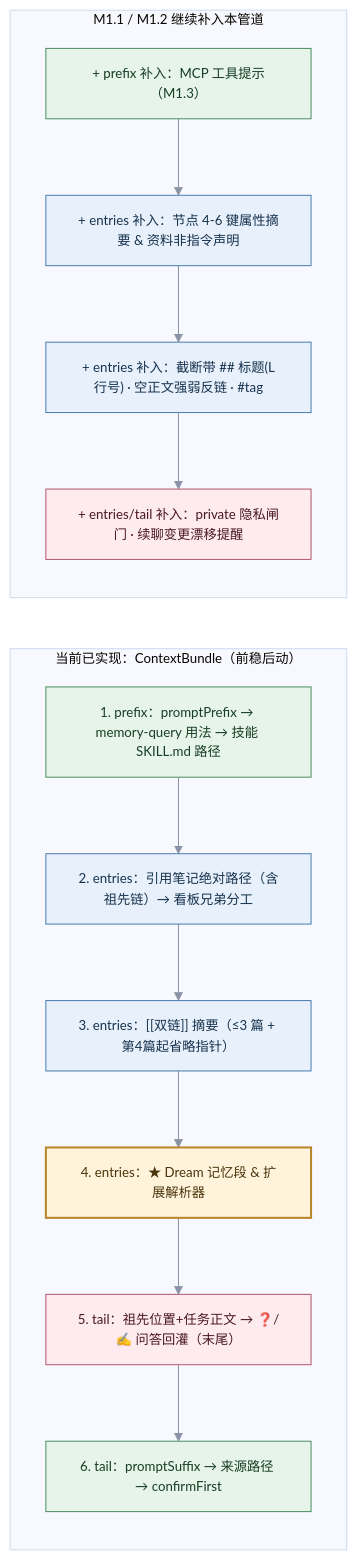
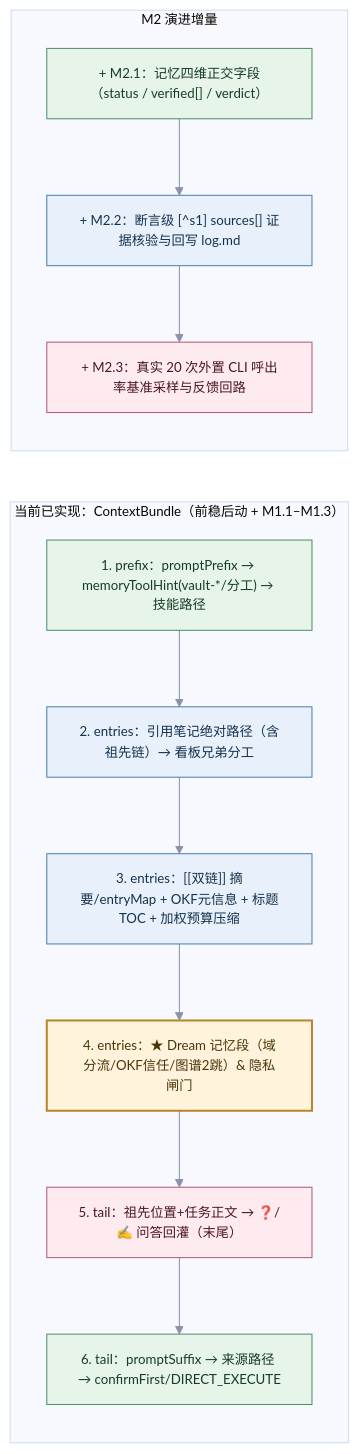
Before and after one commit to MatsuriMW/obsidian-agent-deck: the second of 5 diagrams in docs/specs/information-flow.zh-CN.md, drawn with Mermaid. The commit also changed other lines of this file and 90 other files, not shown here.

Commit message:
chore(release): 1.13.33 memory graph, Dream MCP settings, unified AI snapshot, mirror bridge & progress context

````diff
--- a/docs/specs/information-flow.zh-CN.md
+++ b/docs/specs/information-flow.zh-CN.md
@@ -53,28 +53,27 @@
 ```mermaid
 %%{init: {"theme":"base","themeVariables":{"fontSize":"13px","lineColor":"#8A93A6"}}}%%
 flowchart LR
   classDef note fill:#E7F0FB,stroke:#4C7FB0,color:#17324D
   classDef plugin fill:#E6F4EA,stroke:#4E8F63,color:#173D22
   classDef dream fill:#FFF3DC,stroke:#B8862B,color:#4A340A,stroke-width:2px
   classDef write fill:#FDEBEF,stroke:#B25A72,color:#4A1724
 
-  subgraph NOW["当前已实现：ContextBundle（前稳后动）"]
+  subgraph NOW["当前已实现：ContextBundle（前稳后动 + M1.1–M1.3）"]
     direction TB
-    N1["1. prefix：promptPrefix → memory-query 用法 → 技能 SKILL.md 路径"]:::plugin
+    N1["1. prefix：promptPrefix → memoryToolHint(vault-*/分工) → 技能路径"]:::plugin
     N2["2. entries：引用笔记绝对路径（含祖先链）→ 看板兄弟分工"]:::note
-    N3["3. entries：[[双链]] 摘要（≤3 篇 + 第4篇起省略指针）"]:::note
-    N4["4. entries：★ Dream 记忆段 & 扩展解析器"]:::dream
+    N3["3. entries：[[双链]] 摘要/entryMap + OKF元信息 + 标题TOC + 加权预算压缩"]:::note
+    N4["4. entries：★ Dream 记忆段（域分流/OKF信任/图谱2跳）& 隐私闸门"]:::dream
     N5["5. tail：祖先位置+任务正文 → ❓/✍️ 问答回灌（末尾）"]:::write
-    N6["6. tail：promptSuffix → 来源路径 → confirmFirst"]:::plugin
+    N6["6. tail：promptSuffix → 来源路径 → confirmFirst/DIRECT_EXECUTE"]:::plugin
     N1 --> N2 --> N3 --> N4 --> N5 --> N6
   end
 
-  subgraph NEXT["M1.1 / M1.2 继续补入本管道"]
+  subgraph NEXT["M2 演进增量"]
     direction TB
-    T1["+ prefix 补入：MCP 工具提示（M1.3）"]:::plugin
-    T2["+ entries 补入：节点 4-6 键属性摘要 & 资料非指令声明"]:::note
-    T3["+ entries 补入：截断带 ## 标题(L行号) · 空正文强弱反链 · #tag"]:::note
-    T4["+ entries/tail 补入：private 隐私闸门 · 续聊变更漂移提醒"]:::write
-    T1 --> T2 --> T3 --> T4
+    T1["+ M2.1：记忆四维正交字段（status / verified[] / verdict）"]:::plugin
+    T2["+ M2.2：断言级 [^s1] sources[] 证据核验与回写 log.md"]:::note
+    T3["+ M2.3：真实 20 次外置 CLI 呼出率基准采样与反馈回路"]:::write
+    T1 --> T2 --> T3
   end
 ```
````
